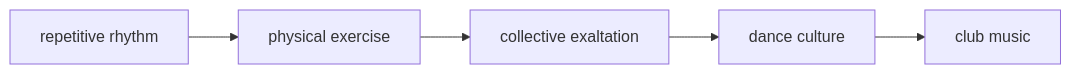
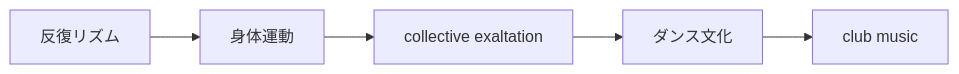
One commit to monumental-movement/monumental-movement.github.io changed the eighth of 11 diagrams in en/_posts/2026-05-16-column-martinique.md. Above: the diagram before and after it, drawn with Mermaid. The commit also changed other lines of this file and 2196 other files, not shown here.

```diff
--- a/en/_posts/2026-05-16-column-martinique.md
+++ b/en/_posts/2026-05-16-column-martinique.md
@@ -336,7 +336,7 @@
 <div class="mermaid">
 graph LR
-A[repetitive rhythm] --> B[physical exercise]
+A[反復リズム] --> B[身体運動]
 B --> C[collective exaltation]
-C --> D[dance culture]
+C --> D[ダンス文化]
 D --> E[club music]
 </div>
```
